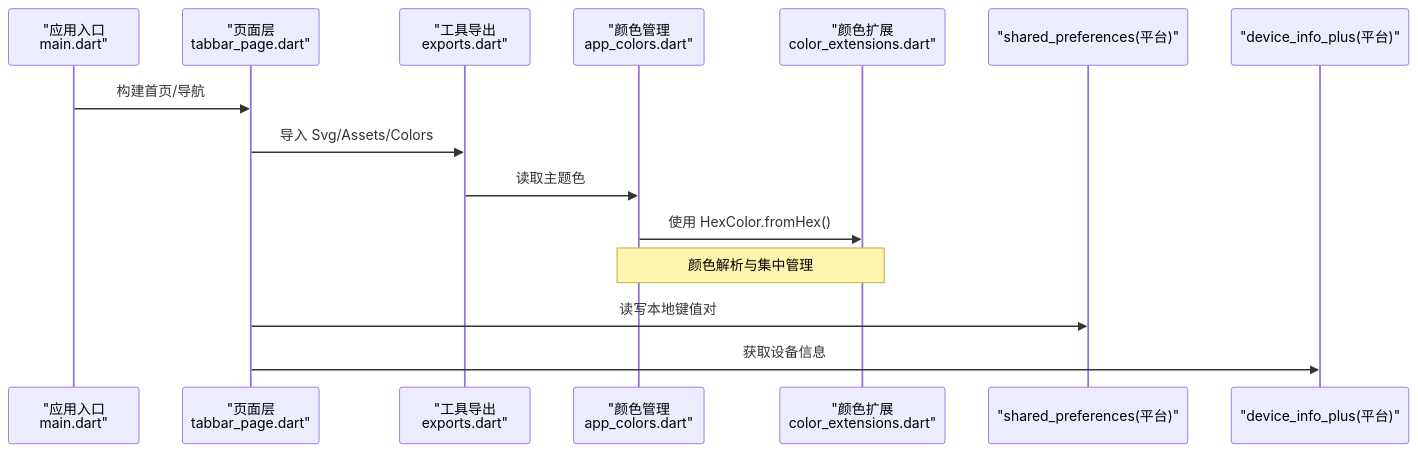
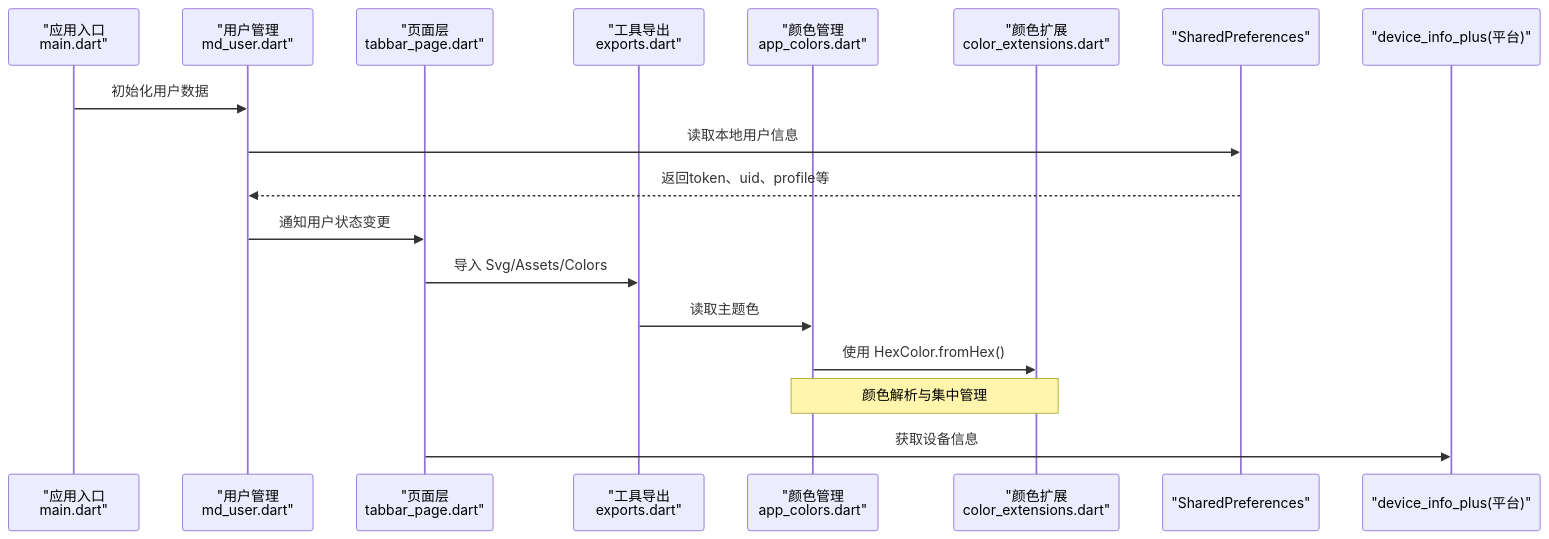
Before and after one commit to sfandy126/zslx_flutter: the second of 3 diagrams in .qoder/repowiki/zh/content/第三方集成/存储与工具库.md, drawn with Mermaid. The commit also changed other lines of this file and 43 other files, not shown here.

Commit message:
add: start_page.dart

````diff
--- a/.qoder/repowiki/zh/content/第三方集成/存储与工具库.md
+++ b/.qoder/repowiki/zh/content/第三方集成/存储与工具库.md
@@ -81,17 +96,20 @@
 ```mermaid
 sequenceDiagram
 participant App as "应用入口<br/>main.dart"
+participant MDUser as "用户管理<br/>md_user.dart"
 participant Page as "页面层<br/>tabbar_page.dart"
 participant Utils as "工具导出<br/>exports.dart"
 participant Colors as "颜色管理<br/>app_colors.dart"
 participant Ext as "颜色扩展<br/>color_extensions.dart"
-participant SP as "shared_preferences(平台)"
+participant SP as "SharedPreferences"
 participant DI as "device_info_plus(平台)"
-App->>Page : 构建首页/导航
+App->>MDUser : 初始化用户数据
+MDUser->>SP : 读取本地用户信息
+SP-->>MDUser : 返回token、uid、profile等
+MDUser->>Page : 通知用户状态变更
 Page->>Utils : 导入 Svg/Assets/Colors
 Utils->>Colors : 读取主题色
 Colors->>Ext : 使用 HexColor.fromHex()
 Note over Colors,Ext : 颜色解析与集中管理
-Page->>SP : 读写本地键值对
 Page->>DI : 获取设备信息
 ```
````
